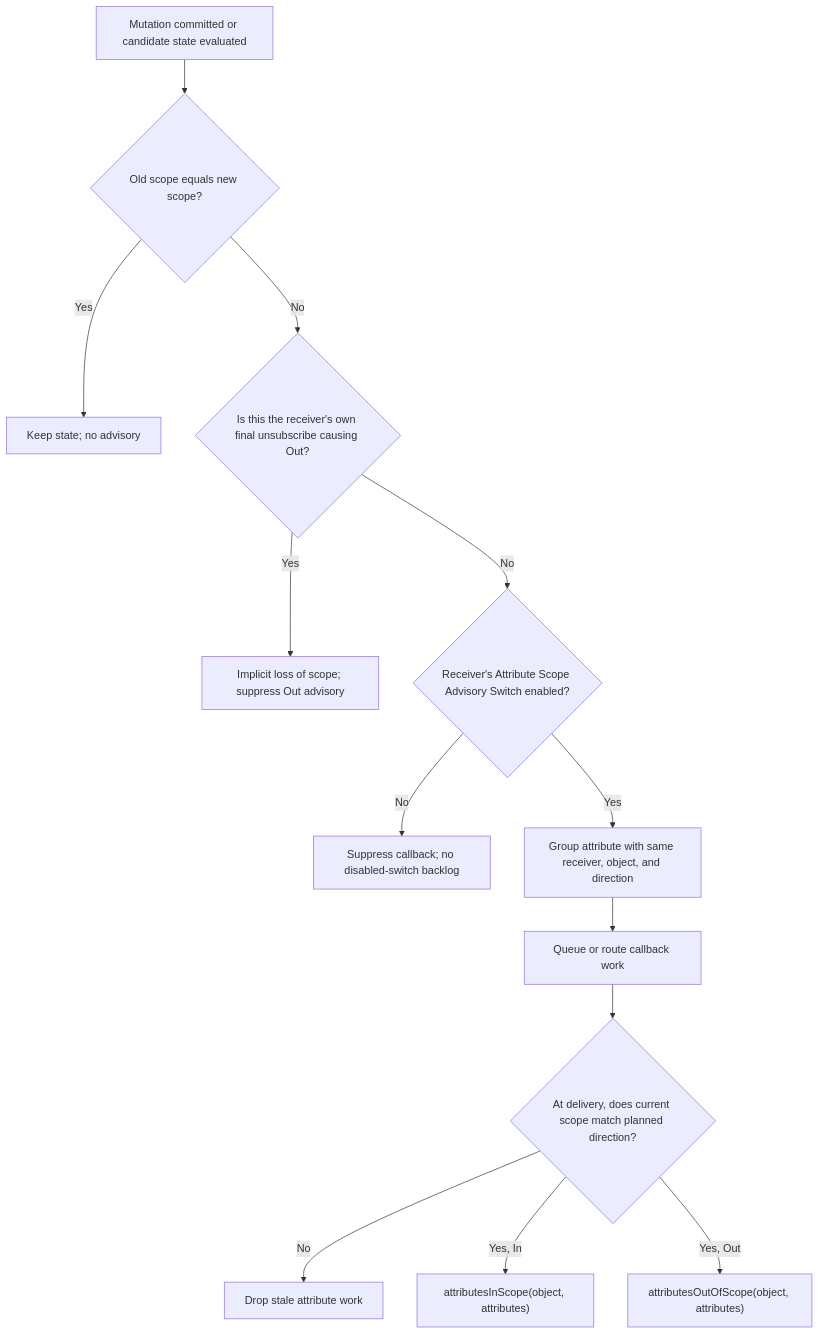
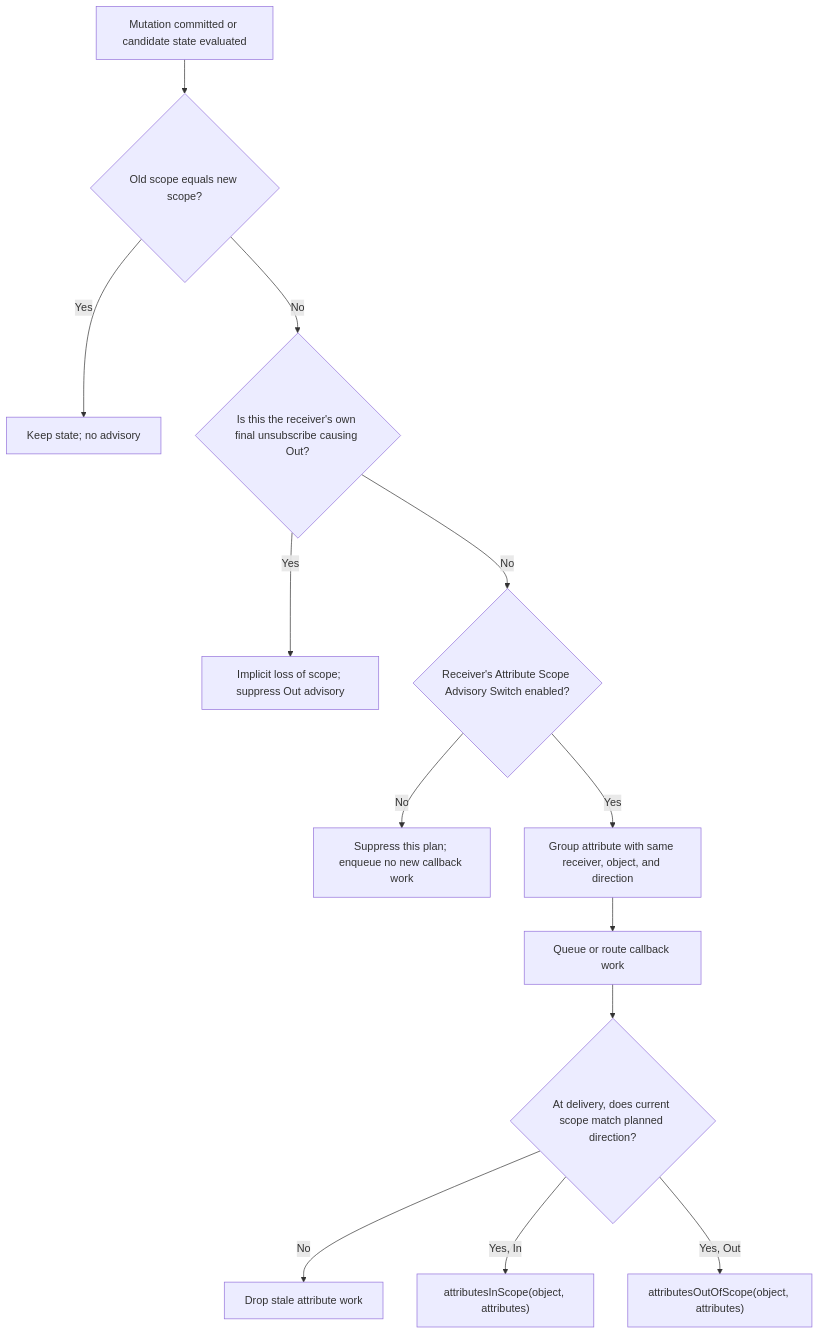
Before and after one commit to sheepfling/umbra: the fourth of 4 diagrams in docs/design/HLA-2025-ATTRIBUTE-SCOPE-ADVISORY-FLOW-GUIDE.md, drawn with Mermaid. The commit also changed other lines of this file and 668 other files, not shown here.

```diff
--- a/docs/design/HLA-2025-ATTRIBUTE-SCOPE-ADVISORY-FLOW-GUIDE.md
+++ b/docs/design/HLA-2025-ATTRIBUTE-SCOPE-ADVISORY-FLOW-GUIDE.md
@@ -169,15 +214,15 @@
 ~~~mermaid
 flowchart TD
   A[Mutation committed or candidate state evaluated] --> B{Old scope equals new scope?}
   B -->|Yes| C[Keep state; no advisory]
   B -->|No| D{Is this the receiver's own final unsubscribe causing Out?}
   D -->|Yes| E[Implicit loss of scope; suppress Out advisory]
   D -->|No| F{Receiver's Attribute Scope Advisory Switch enabled?}
-  F -->|No| G[Suppress callback; no disabled-switch backlog]
+  F -->|No| G[Suppress this plan; enqueue no new callback work]
   F -->|Yes| H[Group attribute with same receiver, object, and direction]
   H --> I[Queue or route callback work]
   I --> J{At delivery, does current scope match planned direction?}
   J -->|No| K[Drop stale attribute work]
   J -->|Yes, In| L["attributesInScope(object, attributes)"]
   J -->|Yes, Out| M["attributesOutOfScope(object, attributes)"]
 ~~~
```
